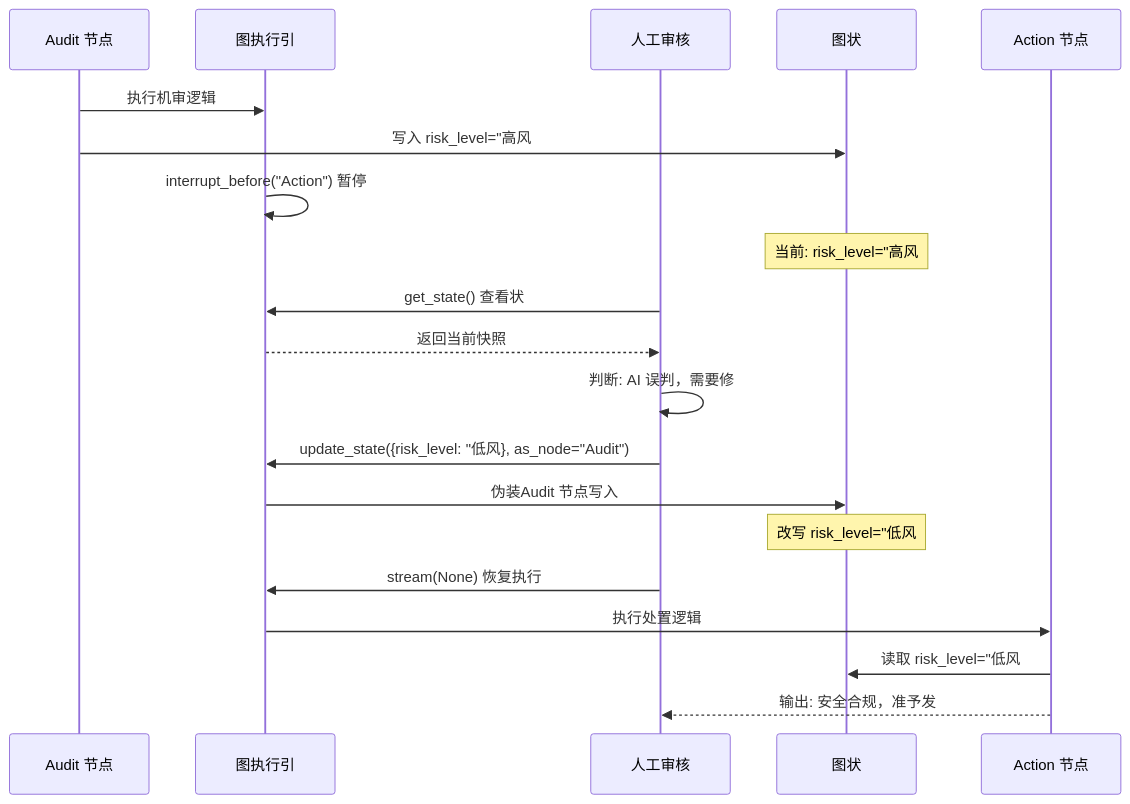
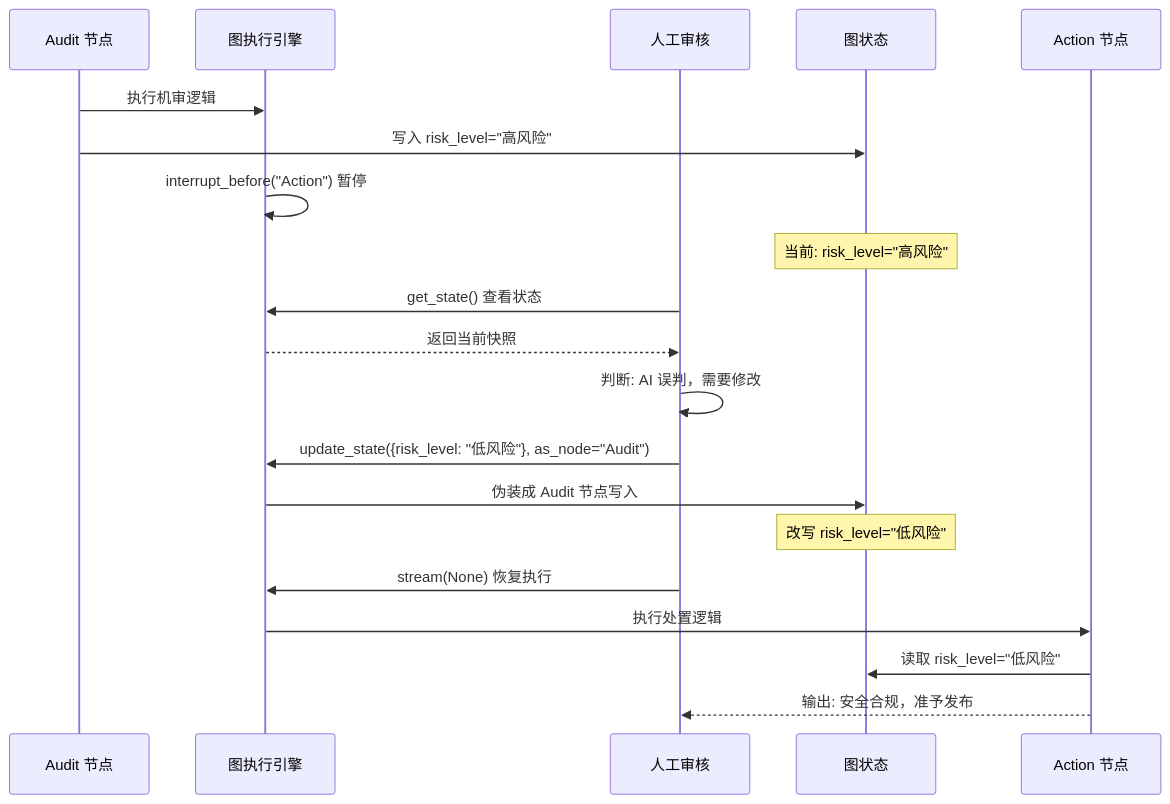
The sixth of 8 diagrams in 02-开发框架与平台/LangGraph/03-持久化与人工干预.md (shuh-ai/agent-dev-guide), drawn with Mermaid before and after one commit. The commit also changed other lines of this file and 9 other files, not shown here.

Commit message:
fix：细化核心图表及相关描述，提升逻辑清晰度

````diff
--- a/02-开发框架与平台/LangGraph/03-持久化与人工干预.md
+++ b/02-开发框架与平台/LangGraph/03-持久化与人工干预.md
@@ -624,26 +624,26 @@
 ```mermaid
 sequenceDiagram
     participant AI as Audit 节点
-    participant Graph as 图执行引
+    participant Graph as 图执行引擎
     participant Human as 人工审核
-    participant State as 图状
+    participant State as 图状态
     participant Action as Action 节点
 
     AI->>Graph: 执行机审逻辑
-    AI->>State: 写入 risk_level="高风
+    AI->>State: 写入 risk_level="高风险"
     Graph->>Graph: interrupt_before("Action") 暂停
-    Note over State: 当前: risk_level="高风
+    Note over State: 当前: risk_level="高风险"
 
-    Human->>Graph: get_state() 查看状
+    Human->>Graph: get_state() 查看状态
     Graph-->>Human: 返回当前快照
-    Human->>Human: 判断: AI 误判，需要修
+    Human->>Human: 判断: AI 误判，需要修改
 
-    Human->>Graph: update_state({risk_level: "低风}, as_node="Audit")
-    Graph->>State: 伪装Audit 节点写入
-    Note over State: 改写 risk_level="低风
+    Human->>Graph: update_state({risk_level: "低风险"}, as_node="Audit")
+    Graph->>State: 伪装成 Audit 节点写入
+    Note over State: 改写 risk_level="低风险"
 
     Human->>Graph: stream(None) 恢复执行
     Graph->>Action: 执行处置逻辑
-    Action->>State: 读取 risk_level="低风
-    Action-->>Human: 输出: 安全合规，准予发
+    Action->>State: 读取 risk_level="低风险"
+    Action-->>Human: 输出: 安全合规，准予发布
 ```
````
